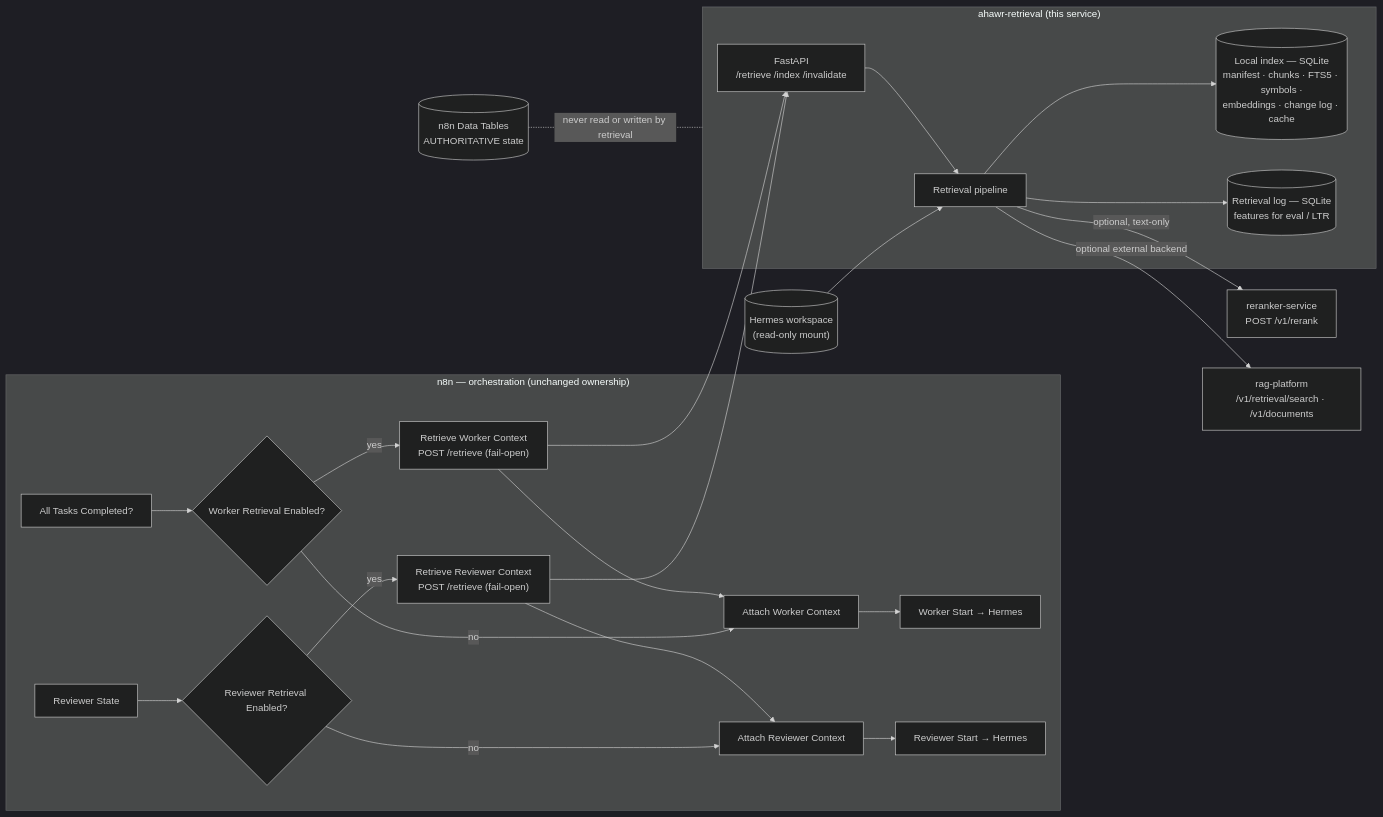
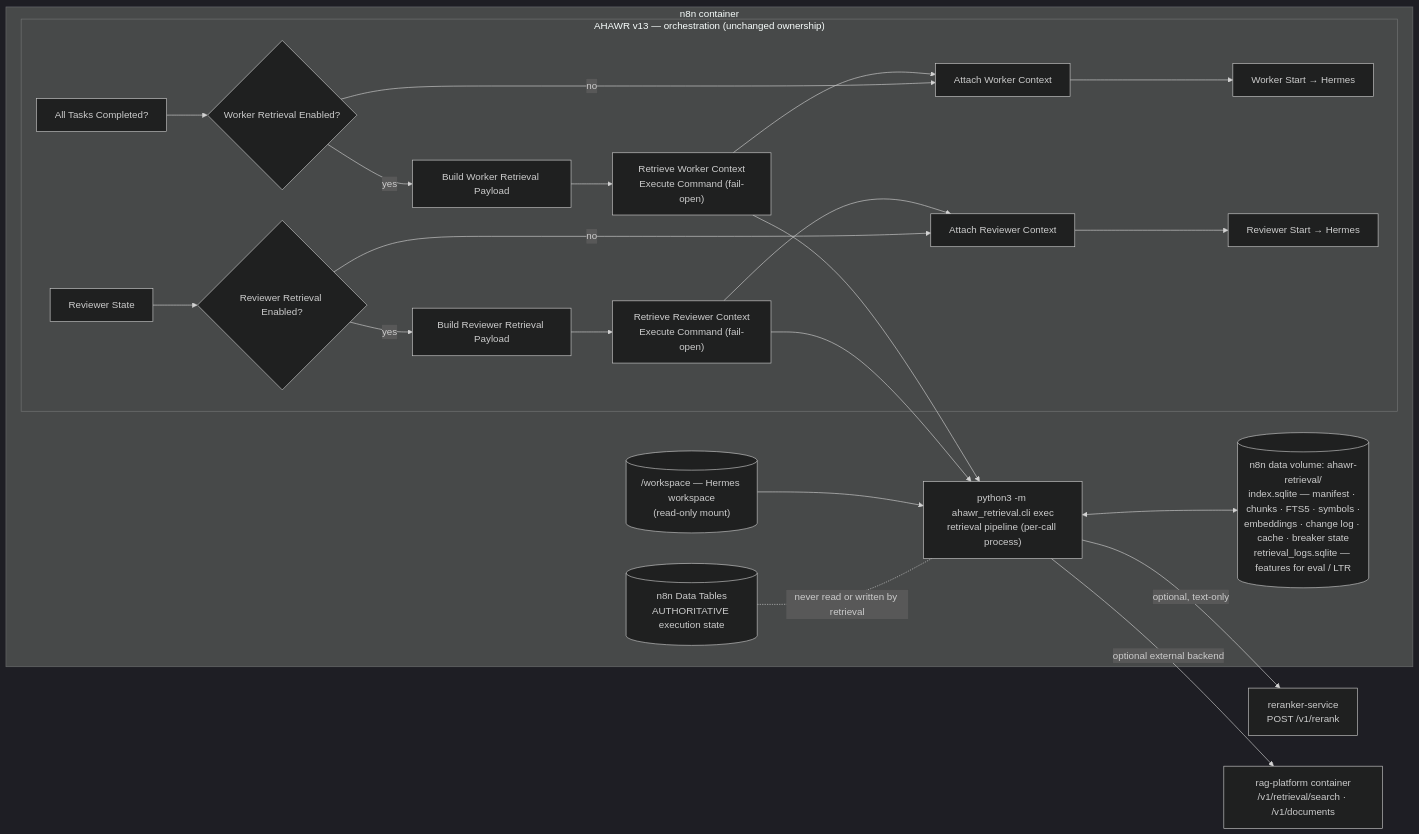
Before and after one commit to Sa1avatus/n8n-agent-orchestrator: the diagram in docs/retrieval/ARCHITECTURE.md, drawn with Mermaid (dark theme). The commit also changed other lines of this file and 22 other files, not shown here.

````diff
--- a/docs/retrieval/ARCHITECTURE.md
+++ b/docs/retrieval/ARCHITECTURE.md
@@ -13,24 +16,26 @@
 ```mermaid
 flowchart LR
-    subgraph n8n["n8n — orchestration (unchanged ownership)"]
-        AT["All Tasks Completed?"] --> WI{"Worker Retrieval Enabled?"}
-        WI -- yes --> WR["Retrieve Worker Context<br/>POST /retrieve (fail-open)"] --> WA["Attach Worker Context"]
-        WI -- no --> WA
-        WA --> WS["Worker Start → Hermes"]
-        RS["Reviewer State"] --> RI{"Reviewer Retrieval Enabled?"}
-        RI -- yes --> RR["Retrieve Reviewer Context<br/>POST /retrieve (fail-open)"] --> RA["Attach Reviewer Context"]
-        RI -- no --> RA
-        RA --> RVS["Reviewer Start → Hermes"]
+    subgraph N8N["n8n container"]
+        subgraph WF["AHAWR v13 — orchestration (unchanged ownership)"]
+            AT["All Tasks Completed?"] --> WI{"Worker Retrieval Enabled?"}
+            WI -- yes --> WB["Build Worker Retrieval Payload"] --> WR["Retrieve Worker Context<br/>Execute Command (fail-open)"] --> WA["Attach Worker Context"]
+            WI -- no --> WA
+            WA --> WS["Worker Start → Hermes"]
+            RS["Reviewer State"] --> RI{"Reviewer Retrieval Enabled?"}
+            RI -- yes --> RB["Build Reviewer Retrieval Payload"] --> RR["Retrieve Reviewer Context<br/>Execute Command (fail-open)"] --> RA["Attach Reviewer Context"]
+            RI -- no --> RA
+            RA --> RVS["Reviewer Start → Hermes"]
+        end
+        CLI["python3 -m ahawr_retrieval.cli exec<br/>retrieval pipeline (per-call process)"]
+        LOCAL[("n8n data volume: ahawr-retrieval/<br/>index.sqlite — manifest · chunks · FTS5 · symbols ·<br/>embeddings · change log · cache · breaker state<br/>retrieval_logs.sqlite — features for eval / LTR")]
+        WSP[("/workspace — Hermes workspace<br/>(read-only mount)")]
+        DT[("n8n Data Tables<br/>AUTHORITATIVE execution state")]
     end
-    subgraph RL["ahawr-retrieval (this service)"]
-        API["FastAPI<br/>/retrieve /index /invalidate"] --> PIPE["Retrieval pipeline"]
-        PIPE --> LOCAL[("Local index — SQLite<br/>manifest · chunks · FTS5 · symbols ·<br/>embeddings · change log · cache")]
-        PIPE --> LOG[("Retrieval log — SQLite<br/>features for eval / LTR")]
-    end
-    WR --> API
-    RR --> API
-    PIPE -- "optional, text-only" --> RER["reranker-service<br/>POST /v1/rerank"]
-    PIPE -- "optional external backend" --> RAG["rag-platform<br/>/v1/retrieval/search · /v1/documents"]
-    WSP[("Hermes workspace<br/>(read-only mount)")] --> PIPE
-    DT[("n8n Data Tables<br/>AUTHORITATIVE state")] -. "never read or written by retrieval" .- RL
+    WR --> CLI
+    RR --> CLI
+    CLI <--> LOCAL
+    WSP --> CLI
+    CLI -- "optional, text-only" --> RER["reranker-service<br/>POST /v1/rerank"]
+    CLI -- "optional external backend" --> RAG["rag-platform container<br/>/v1/retrieval/search · /v1/documents"]
+    DT -. "never read or written by retrieval" .- CLI
 ```
````
